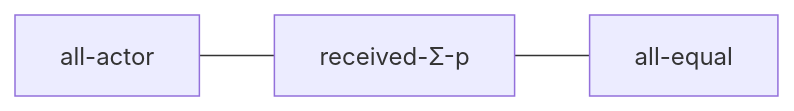
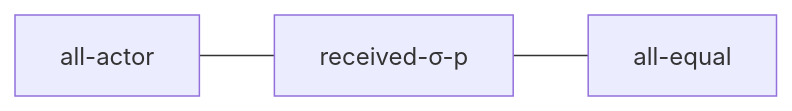
Before and after one commit to julianmendez/tiles: the first of 3 diagrams in docs/README.md, drawn with Mermaid. The commit also changed other lines of this file, not shown here.

````diff
--- a/docs/README.md
+++ b/docs/README.md
@@ -46,5 +46,5 @@
 ```mermaid
 graph LR;
-all-actor --- received-Σ-p;
-received-Σ-p --- all-equal;
+all-actor --- received-σ-p;
+received-σ-p --- all-equal;
 ```
````
